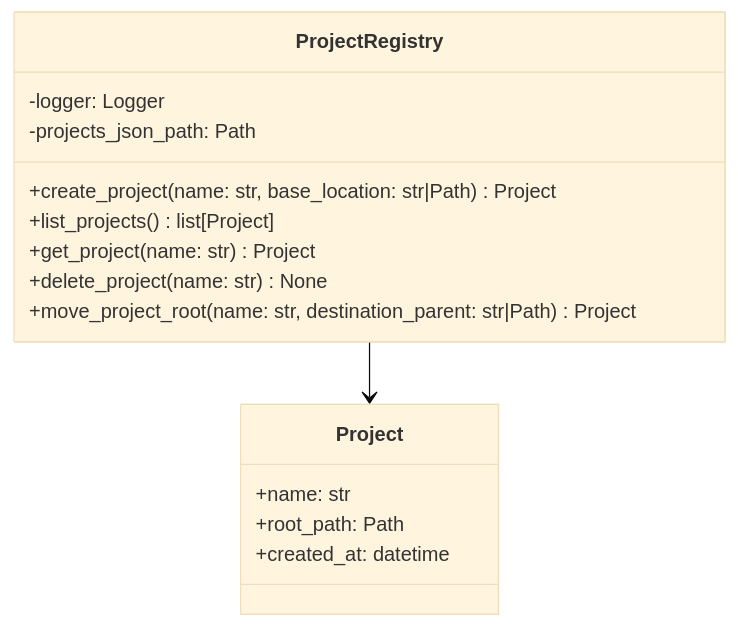
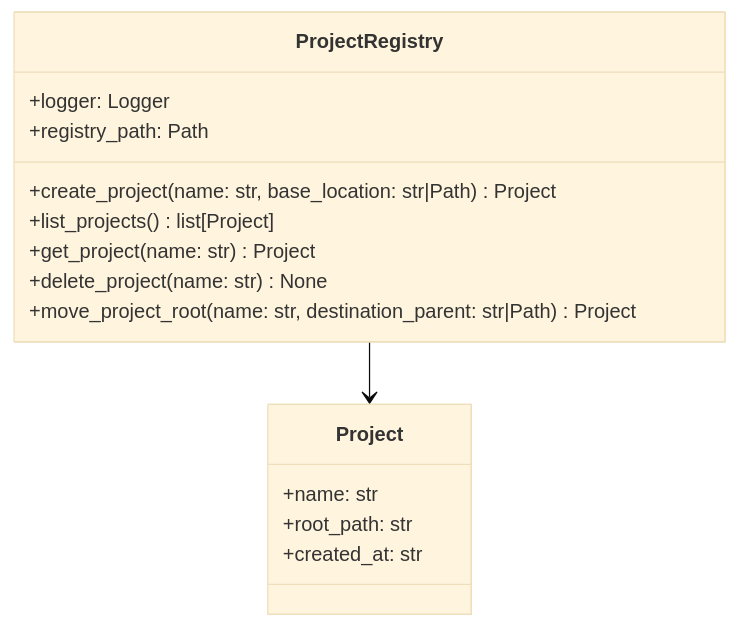
The diagram in docs/api/projects.md (fmanza/doc_organize), drawn with Mermaid (base theme) before and after one commit. The commit also changed other lines of this file and 57 other files, not shown here.

````diff
--- a/docs/api/projects.md
+++ b/docs/api/projects.md
@@ -7,20 +7,20 @@
 ```mermaid
 classDiagram
     class ProjectRegistry {
-        -logger: Logger
-        -projects_json_path: Path
+        +logger: Logger
+        +registry_path: Path
         +create_project(name: str, base_location: str|Path) Project
         +list_projects() list[Project]
         +get_project(name: str) Project
         +delete_project(name: str) None
         +move_project_root(name: str, destination_parent: str|Path) Project
     }
     
     class Project {
         +name: str
-        +root_path: Path
-        +created_at: datetime
+        +root_path: str
+        +created_at: str
     }
     
     ProjectRegistry --> Project
 ```
````
